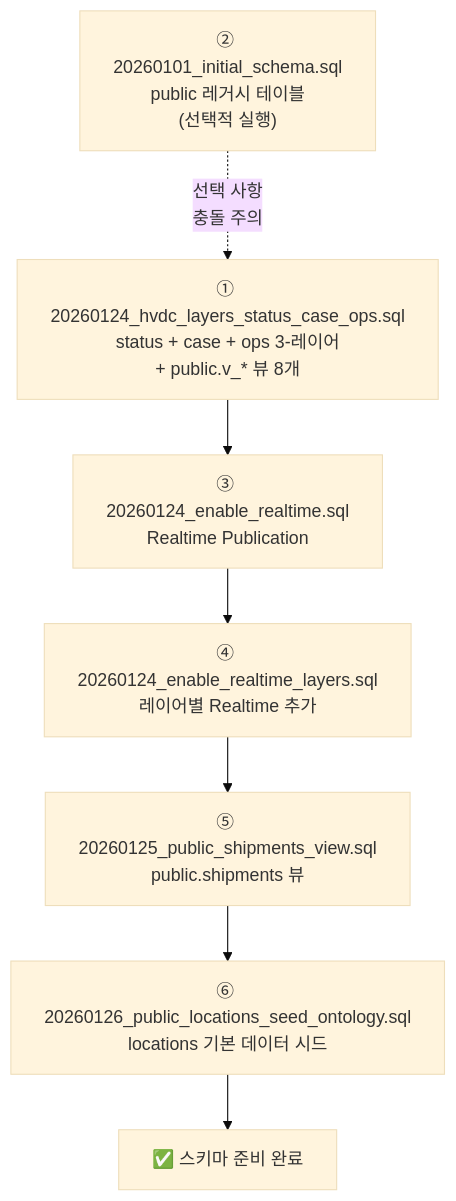
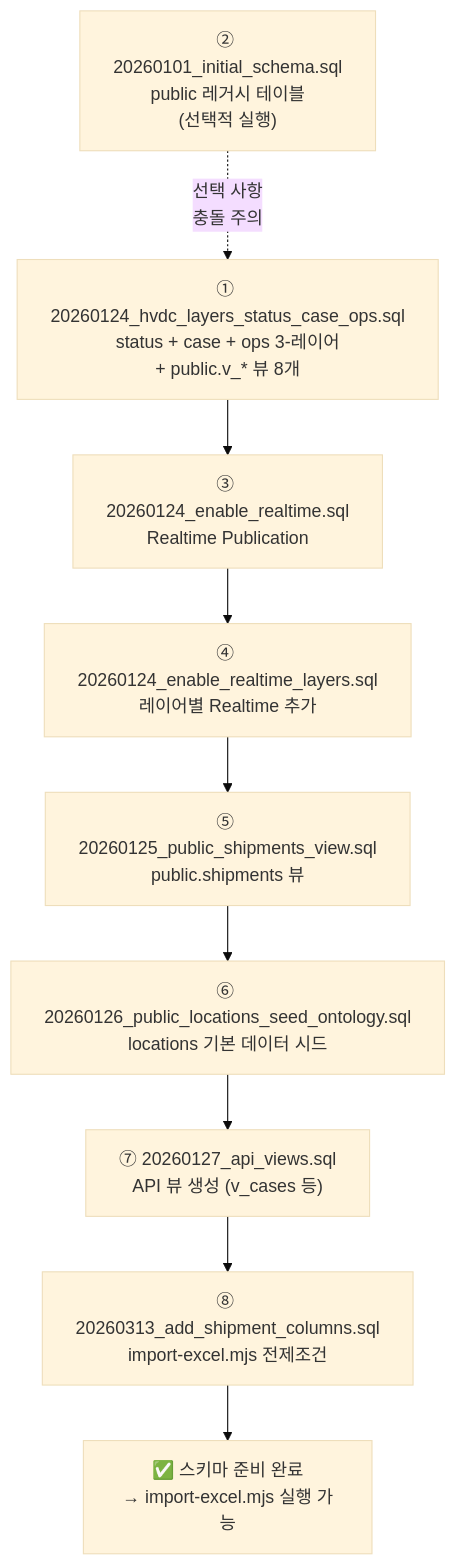
Before and after one commit to macho715/logi_hvdc_dash: the tenth of 11 diagrams in apps/logistics-dashboard/docs/DEPLOYMENT.md, drawn with Mermaid (base theme). The commit also changed other lines of this file and 80 other files, not shown here.

````diff
--- a/apps/logistics-dashboard/docs/DEPLOYMENT.md
+++ b/apps/logistics-dashboard/docs/DEPLOYMENT.md
@@ -1051,10 +1226,12 @@
 ```mermaid
 flowchart TD
     A["① 20260124_hvdc_layers_status_case_ops.sql\nstatus + case + ops 3-레이어\n+ public.v_* 뷰 8개"] --> B["③ 20260124_enable_realtime.sql\nRealtime Publication"]
     B --> C["④ 20260124_enable_realtime_layers.sql\n레이어별 Realtime 추가"]
     C --> D["⑤ 20260125_public_shipments_view.sql\npublic.shipments 뷰"]
     D --> E["⑥ 20260126_public_locations_seed_ontology.sql\nlocations 기본 데이터 시드"]
-    E --> F["✅ 스키마 준비 완료"]
+    E --> F["⑦ 20260127_api_views.sql\nAPI 뷰 생성 (v_cases 등)"]
+    F --> G["⑧ 20260313_add_shipment_columns.sql\nimport-excel.mjs 전제조건"]
+    G --> H["✅ 스키마 준비 완료\n→ import-excel.mjs 실행 가능"]
 
-    G["② 20260101_initial_schema.sql\npublic 레거시 테이블\n(선택적 실행)"] -.->|"선택 사항\n충돌 주의"| A
+    X["② 20260101_initial_schema.sql\npublic 레거시 테이블\n(선택적 실행)"] -.->|"선택 사항\n충돌 주의"| A
 ```
````
